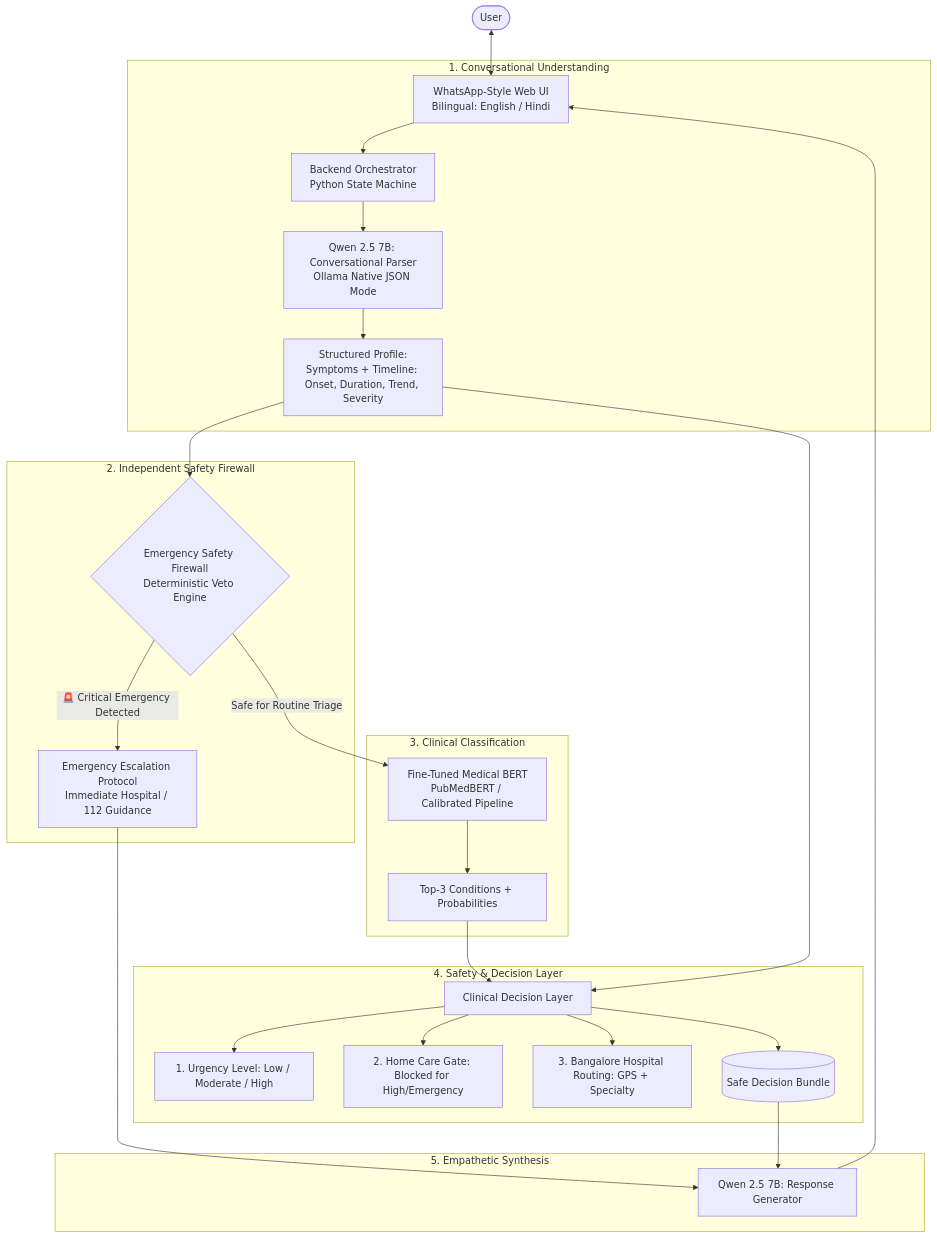
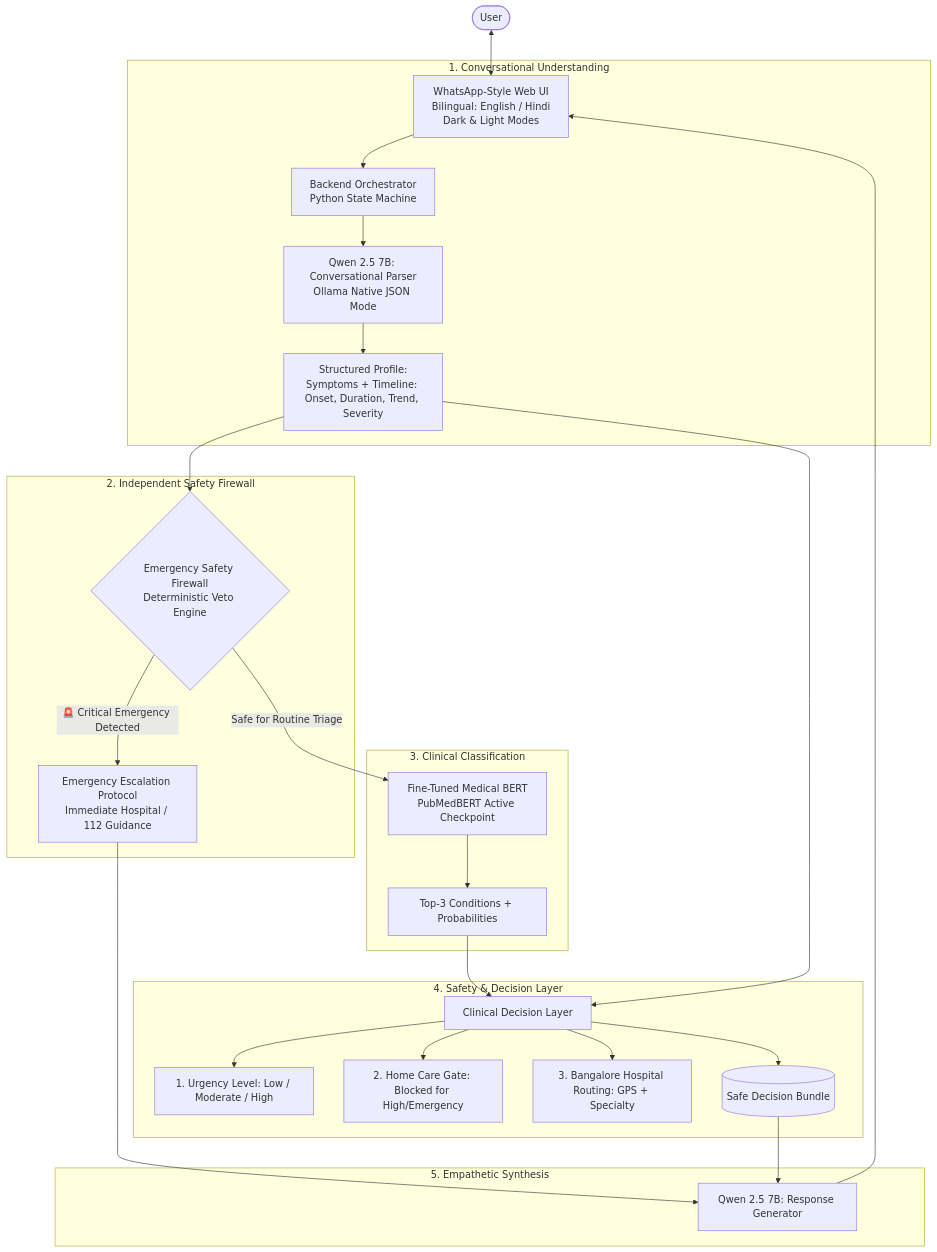
The diagram in brief.md (AdithyaK3106/MediAssist-AI), drawn with Mermaid before and after one commit. The commit also changed other lines of this file and 16 other files, not shown here.

Commit message:
feat: Connect fine-tuned PubMedBERT, add WhatsApp dark mode, fix launcher, and document expansion protocol

````diff
--- a/brief.md
+++ b/brief.md
@@ -21,34 +21,34 @@
 ```mermaid
 flowchart TD
-    User([User]) <--> UI[WhatsApp-Style Web UI\nBilingual: English / Hindi]
+    User([User]) <--> UI[WhatsApp-Style Web UI\nBilingual: English / Hindi\nDark & Light Modes]
     
     subgraph S1 [1. Conversational Understanding]
         UI --> Orch[Backend Orchestrator\nPython State Machine]
         Orch --> QwenExtract[Qwen 2.5 7B: Conversational Parser\nOllama Native JSON Mode]
         QwenExtract --> JSON[Structured Profile:\nSymptoms + Timeline: Onset, Duration, Trend, Severity]
     end
 
     subgraph S2 [2. Independent Safety Firewall]
         JSON --> EmergGate{Emergency Safety Firewall\nDeterministic Veto Engine}
         EmergGate -->|🚨 Critical Emergency Detected| EmergEsc[Emergency Escalation Protocol\nImmediate Hospital / 112 Guidance]
     end
 
     subgraph S3 [3. Clinical Classification]
-        EmergGate -->|Safe for Routine Triage| PubMedBERT[Fine-Tuned Medical BERT\nPubMedBERT / Calibrated Pipeline]
+        EmergGate -->|Safe for Routine Triage| PubMedBERT[Fine-Tuned Medical BERT\nPubMedBERT Active Checkpoint]
         PubMedBERT --> Top3[Top-3 Conditions + Probabilities]
     end
 
     subgraph S4 [4. Safety & Decision Layer]
         Top3 & JSON --> DecisionLayer[Clinical Decision Layer]
         DecisionLayer --> Urgency[1. Urgency Level: Low / Moderate / High]
         DecisionLayer --> CareGate[2. Home Care Gate: Blocked for High/Emergency]
         DecisionLayer --> HospRoute[3. Bangalore Hospital Routing: GPS + Specialty]
         DecisionLayer --> Bundle[(Safe Decision Bundle)]
     end
 
     subgraph S5 [5. Empathetic Synthesis]
         EmergEsc --> QwenGen[Qwen 2.5 7B: Response Generator]
         Bundle --> QwenGen
         QwenGen --> UI
     end
 ```
````
